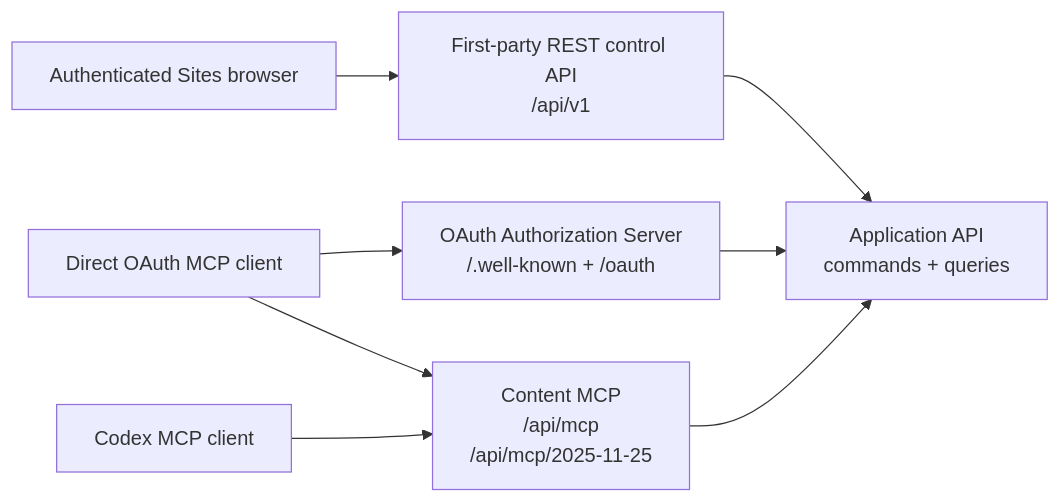
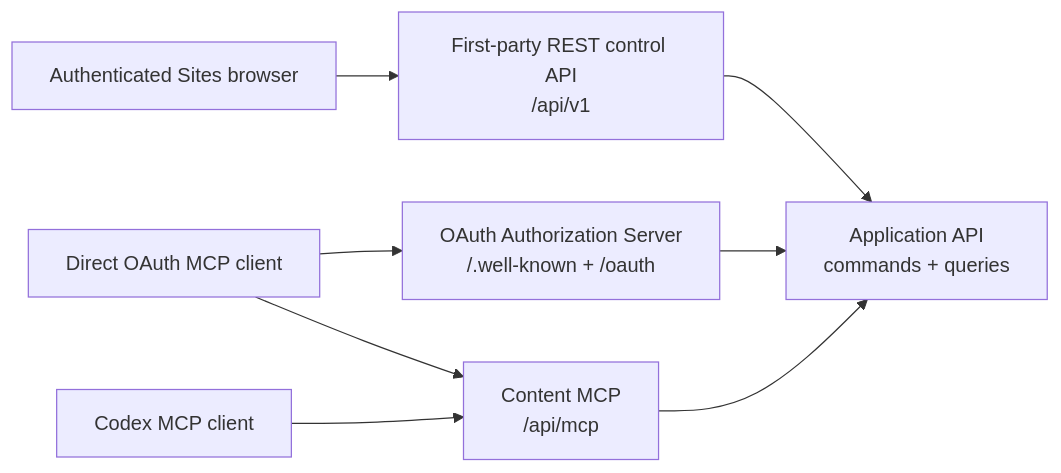
Before and after one commit to xxsrez/MindDiary: the diagram in docs/specs/api.md, drawn with Mermaid. The commit also changed other lines of this file and 70 other files, not shown here.

````diff
--- a/docs/specs/api.md
+++ b/docs/specs/api.md
@@ -229,15 +229,15 @@
 ```mermaid
 flowchart LR
     Browser["Authenticated Sites browser"]
     Agent["Codex MCP client"]
     OAuthClient["Direct OAuth MCP client"]
     Rest["First-party REST control API\n/api/v1"]
     OAuth["OAuth Authorization Server\n/.well-known + /oauth"]
-    Mcp["Content MCP\n/api/mcp\n/api/mcp/2025-11-25"]
+    Mcp["Content MCP\n/api/mcp"]
     Core["Application API\ncommands + queries"]
 
     Browser --> Rest --> Core
     OAuthClient --> OAuth --> Core
     OAuthClient --> Mcp
     Agent --> Mcp --> Core
 ```
````
